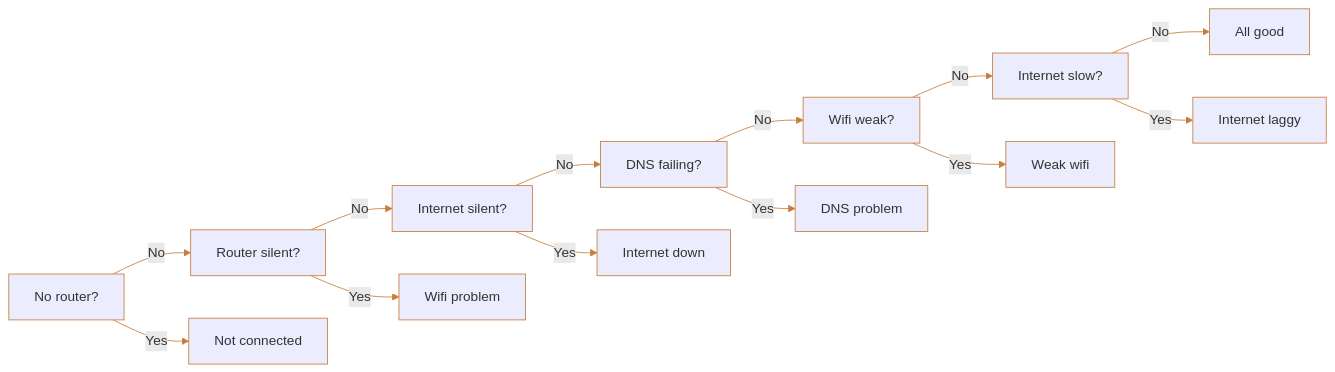
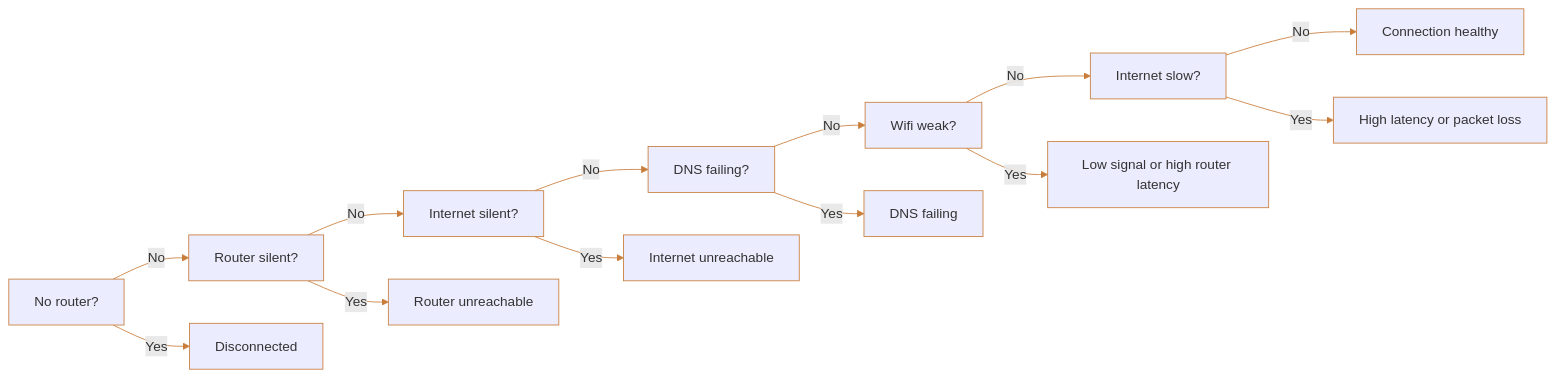
One commit to ado11231/whylag changed the first of 2 diagrams in docs/ARCHITECTURE.md. Above: the diagram before and after it, drawn with Mermaid. The commit also changed other lines of this file and 4 other files, not shown here.

````diff
--- a/docs/ARCHITECTURE.md
+++ b/docs/ARCHITECTURE.md
@@ -46,18 +46,18 @@
 ```mermaid
 flowchart LR
     A["No router?"] -->|No| B["Router silent?"]
     B -->|No| C["Internet silent?"]
     C -->|No| D["DNS failing?"]
     D -->|No| E["Wifi weak?"]
     E -->|No| F["Internet slow?"]
-    F -->|No| Good["All good"]
-    A -->|Yes| A1["Not connected"]
-    B -->|Yes| B1["Wifi problem"]
-    C -->|Yes| C1["Internet down"]
-    D -->|Yes| D1["DNS problem"]
-    E -->|Yes| E1["Weak wifi"]
-    F -->|Yes| F1["Internet laggy"]
+    F -->|No| Good["Connection healthy"]
+    A -->|Yes| A1["Disconnected"]
+    B -->|Yes| B1["Router unreachable"]
+    C -->|Yes| C1["Internet unreachable"]
+    D -->|Yes| D1["DNS failing"]
+    E -->|Yes| E1["Low signal or high router latency"]
+    F -->|Yes| F1["High latency or packet loss"]
 
     classDef default stroke:#c97d3a
     linkStyle default stroke:#c97d3a
 ```
````
